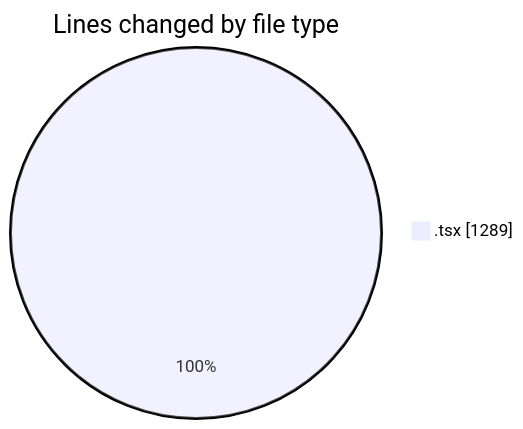
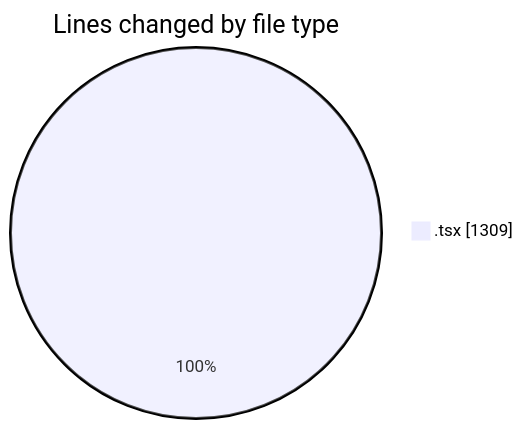
The first of 2 diagrams in 2025-11-11/mbc-web/README.md (robertbonfada/code-tracking), drawn with Mermaid before and after one commit. The commit also changed other lines of this file and 1 other file, not shown here.

````diff
--- a/2025-11-11/mbc-web/README.md
+++ b/2025-11-11/mbc-web/README.md
@@ -21,5 +21,5 @@
 ```mermaid
 pie showData
 title Lines changed by file type
-".tsx" : 1289
+".tsx" : 1309
 ```
````
